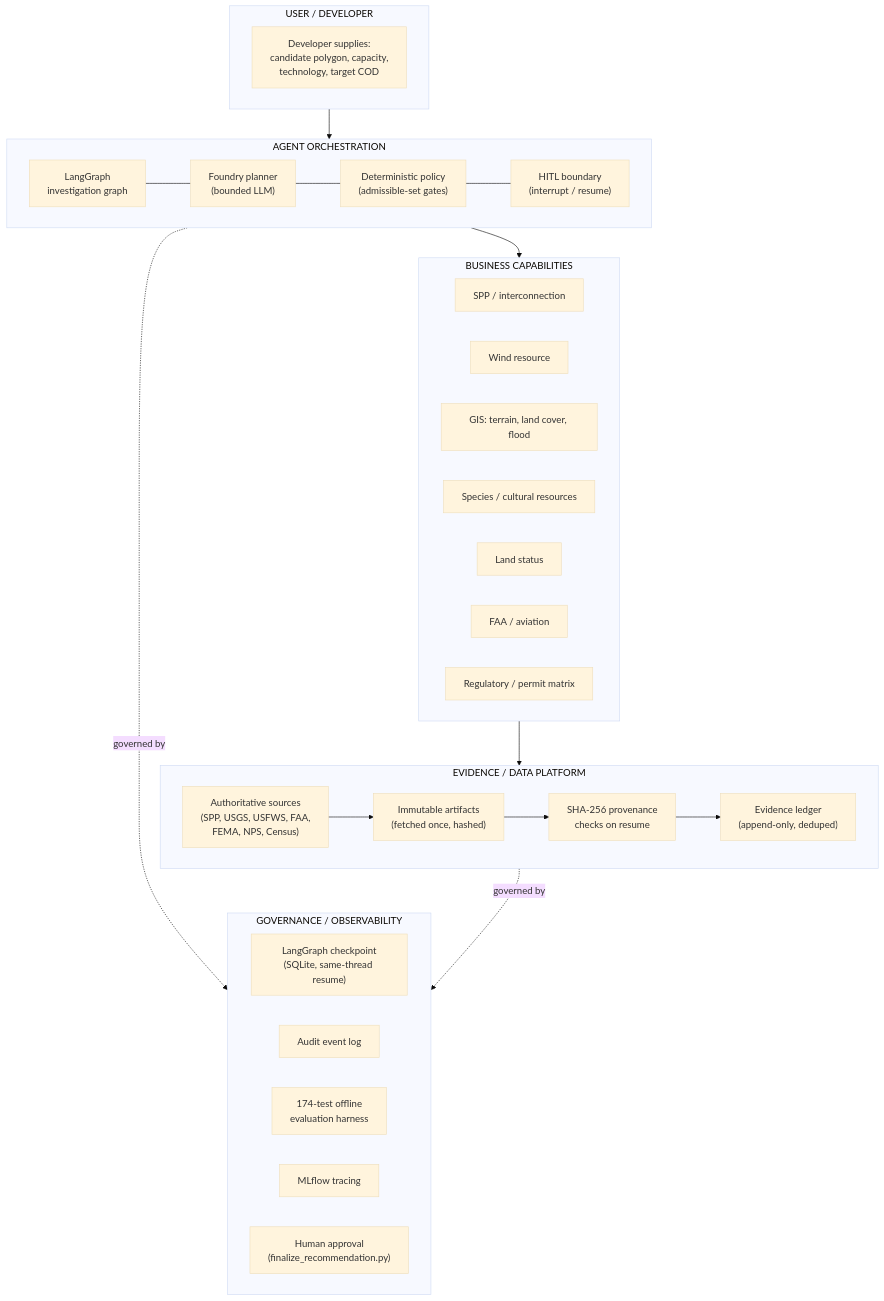
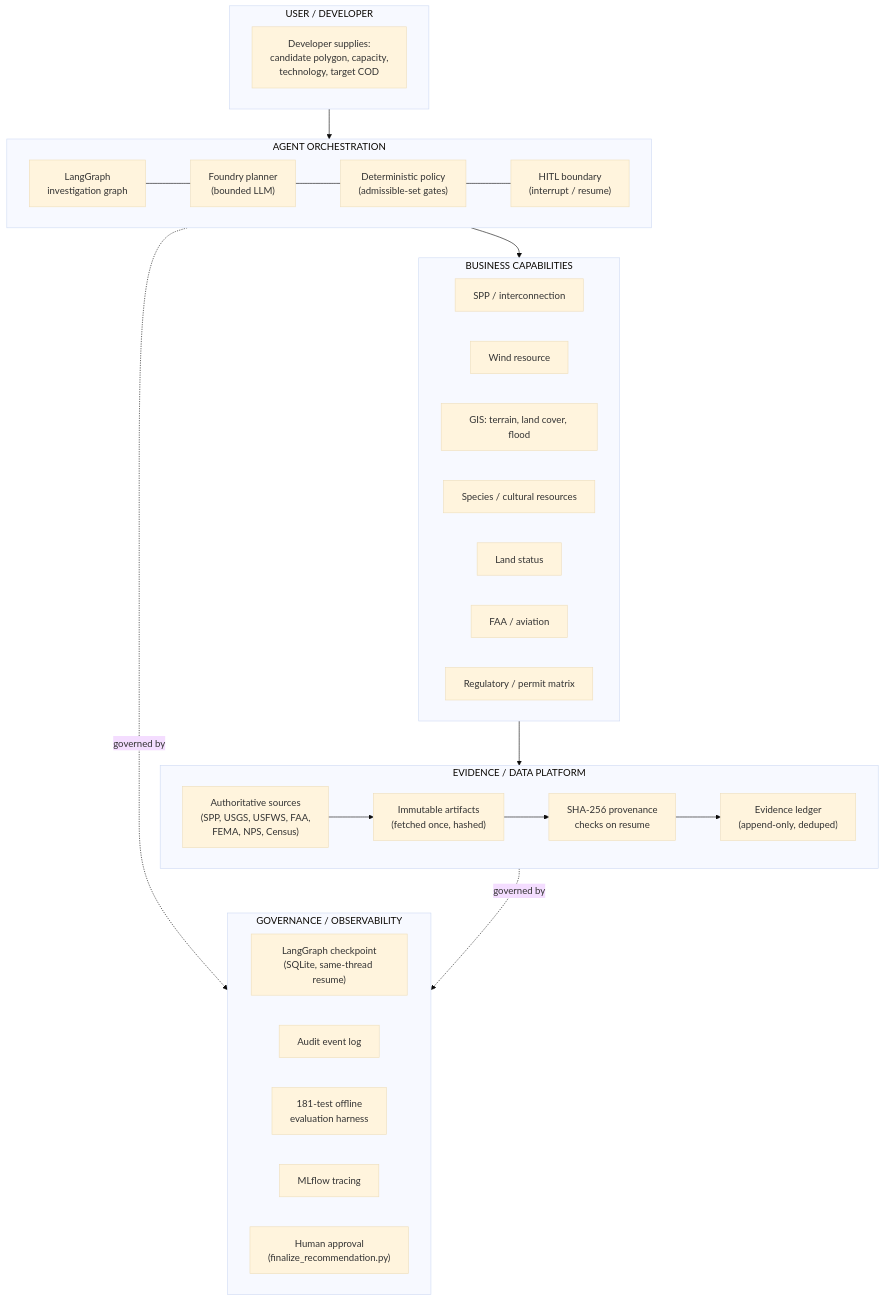
One commit to manoharpavuluri/renewable-development-intelligence changed the first of 4 diagrams in docs/architecture/overview.md. Above: the diagram before and after it, drawn with Mermaid (base theme). The commit also changed other lines of this file and 11 other files, not shown here.

````diff
--- a/docs/architecture/overview.md
+++ b/docs/architecture/overview.md
@@ -5,52 +5,52 @@
 ```mermaid
 flowchart TB
     subgraph L0["USER / DEVELOPER"]
         U["Developer supplies:<br/>candidate polygon, capacity,<br/>technology, target COD"]
     end
 
     subgraph L1["AGENT ORCHESTRATION"]
         direction LR
         LG["LangGraph<br/>investigation graph"]
         FP["Foundry planner<br/>(bounded LLM)"]
         DP["Deterministic policy<br/>(admissible-set gates)"]
         HITL["HITL boundary<br/>(interrupt / resume)"]
         LG --- FP
         FP --- DP
         DP --- HITL
     end
 
     subgraph L2["BUSINESS CAPABILITIES"]
         direction LR
         C1["SPP / interconnection"]
         C2["Wind resource"]
         C3["GIS: terrain, land cover, flood"]
         C4["Species / cultural resources"]
         C5["Land status"]
         C6["FAA / aviation"]
         C7["Regulatory / permit matrix"]
     end
 
     subgraph L3["EVIDENCE / DATA PLATFORM"]
         direction LR
         SRC["Authoritative sources<br/>(SPP, USGS, USFWS, FAA,<br/>FEMA, NPS, Census)"]
         ART["Immutable artifacts<br/>(fetched once, hashed)"]
         HASH["SHA-256 provenance<br/>checks on resume"]
         LEDGER["Evidence ledger<br/>(append-only, deduped)"]
         SRC --> ART --> HASH --> LEDGER
     end
 
     subgraph L4["GOVERNANCE / OBSERVABILITY"]
         direction LR
         CKPT["LangGraph checkpoint<br/>(SQLite, same-thread resume)"]
         AUDIT["Audit event log"]
-        EVAL["174-test offline<br/>evaluation harness"]
+        EVAL["181-test offline<br/>evaluation harness"]
         MLF["MLflow tracing"]
         APPR["Human approval<br/>(finalize_recommendation.py)"]
     end
 
     L0 --> L1
     L1 --> L2
     L2 --> L3
     L1 -.governed by.-> L4
     L3 -.governed by.-> L4
 ```
````
